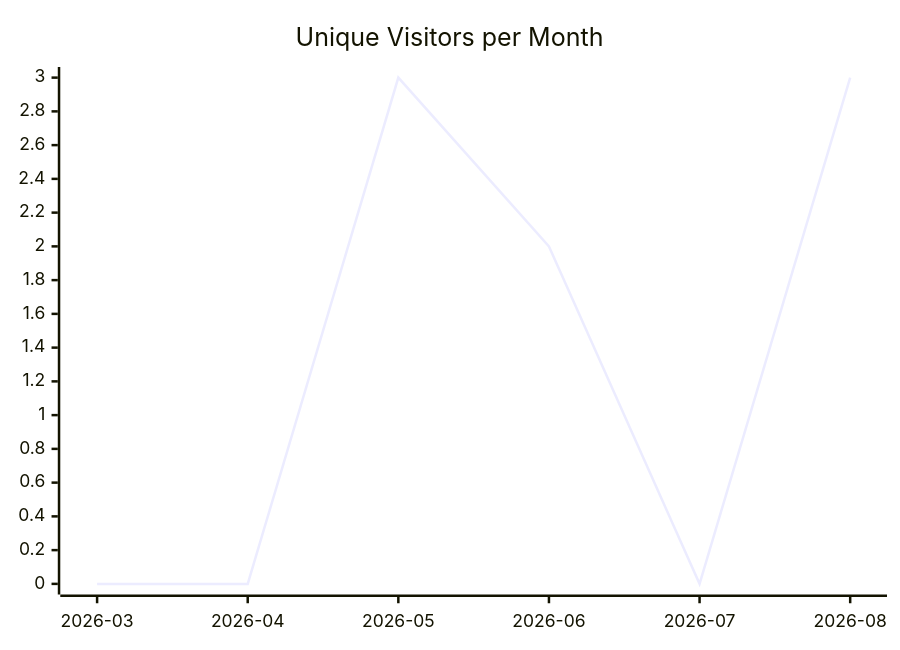
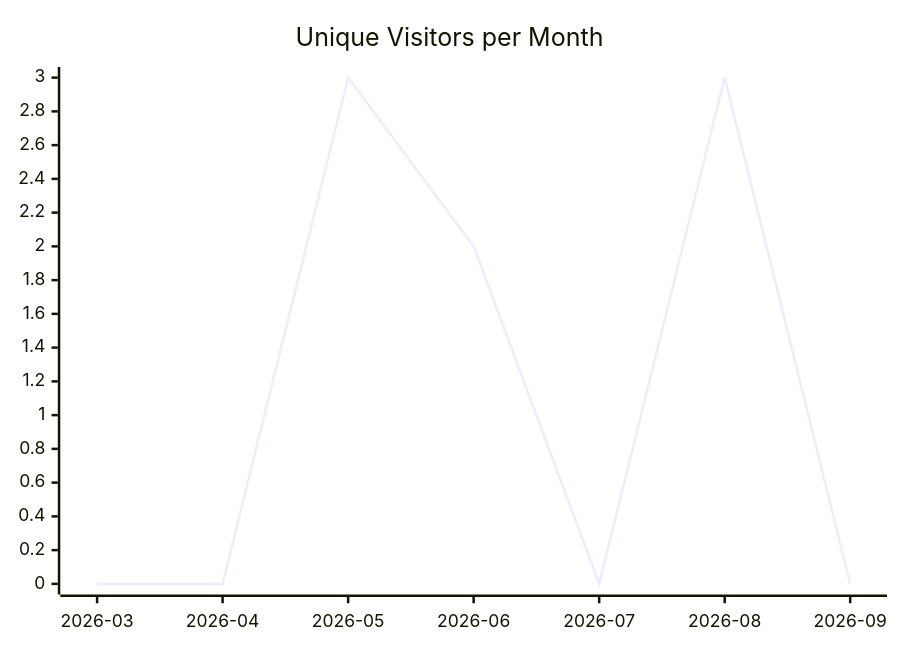
Before and after one commit to justdavis-family/github-analytics-data: the first of 3 diagrams in karlmdavis/kobjects/README.md, drawn with Mermaid. The commit also changed other lines of this file and 191 other files, not shown here.

````diff
--- a/karlmdavis/kobjects/README.md
+++ b/karlmdavis/kobjects/README.md
@@ -5,6 +5,6 @@
 ```mermaid
 xychart-beta
   title "Unique Visitors per Month"
-  x-axis ["2026-03", "2026-04", "2026-05", "2026-06", "2026-07", "2026-08"]
-  line [0, 0, 3, 2, 0, 3]
+  x-axis ["2026-03", "2026-04", "2026-05", "2026-06", "2026-07", "2026-08", "2026-09"]
+  line [0, 0, 3, 2, 0, 3, 0]
 ```
````
